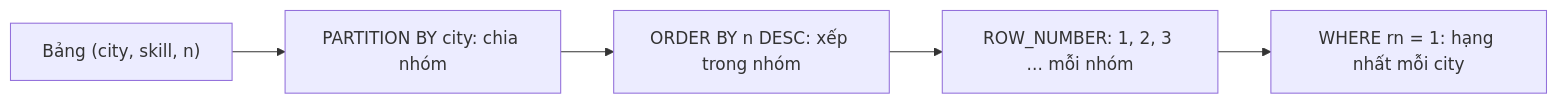
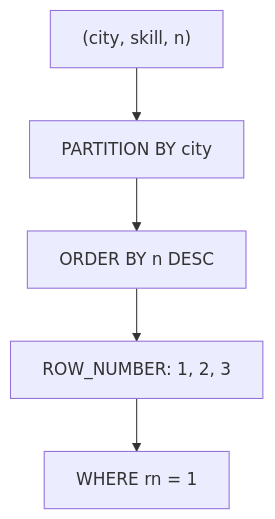
Before and after one commit to ht-nah98/ai-academy: the third of 4 diagrams in academy/curriculum/L09-sql-phan-tich/lesson.md, drawn with Mermaid. The commit also changed other lines of this file and 54 other files, not shown here.

````diff
--- a/academy/curriculum/L09-sql-phan-tich/lesson.md
+++ b/academy/curriculum/L09-sql-phan-tich/lesson.md
@@ -81,7 +81,7 @@
 ```mermaid
-flowchart LR
-    T["Bảng (city, skill, n)"] --> P["PARTITION BY city: chia nhóm"]
-    P --> O["ORDER BY n DESC: xếp trong nhóm"]
-    O --> R["ROW_NUMBER: 1, 2, 3 ... mỗi nhóm"]
-    R --> W["WHERE rn = 1: hạng nhất mỗi city"]
+flowchart TD
+    T["(city, skill, n)"] --> P["PARTITION BY city"]
+    P --> O["ORDER BY n DESC"]
+    O --> R["ROW_NUMBER: 1, 2, 3"]
+    R --> W["WHERE rn = 1"]
 ```
````
